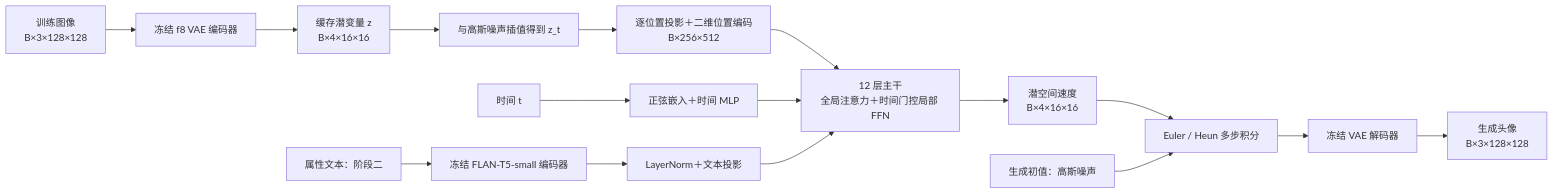
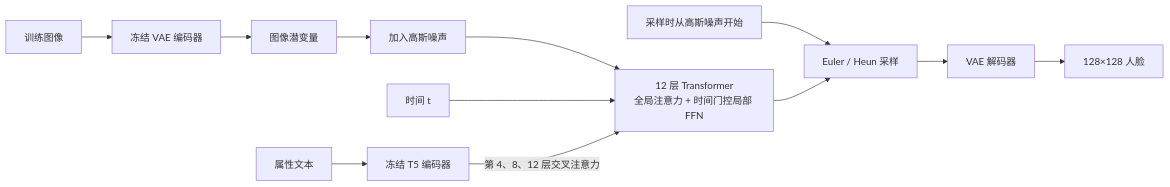
Before and after one commit to dpraemeon/MyT2I: the diagram in README.md, drawn with Mermaid. The commit also changed other lines of this file and 6 other files, not shown here.

````diff
--- a/README.md
+++ b/README.md
@@ -192,18 +141,14 @@
 ```mermaid
 flowchart LR
-    X["训练图像<br/>B×3×128×128"] --> E["冻结 f8 VAE 编码器"]
-    E --> Z["缓存潜变量 z<br/>B×4×16×16"]
-    Z --> N["与高斯噪声插值得到 z_t"]
-    N --> P["逐位置投影＋二维位置编码<br/>B×256×512"]
-    P --> D["12 层主干<br/>全局注意力＋时间门控局部 FFN"]
-    T["时间 t"] --> TE["正弦嵌入＋时间 MLP"]
-    TE --> D
-    C["属性文本：阶段二"] --> F["冻结 FLAN-T5-small 编码器"]
-    F --> A["LayerNorm＋文本投影"]
-    A --> D
-    D --> V["潜空间速度<br/>B×4×16×16"]
-    V --> S["Euler / Heun 多步积分"]
-    G["生成初值：高斯噪声"] --> S
-    S --> DE["冻结 VAE 解码器"]
-    DE --> O["生成头像<br/>B×3×128×128"]
+    I[训练图像] --> V[冻结 VAE 编码器]
+    V --> Z[图像潜变量]
+    Z --> N[加入高斯噪声]
+    N --> D[12 层 Transformer<br/>全局注意力 + 时间门控局部 FFN]
+    T[时间 t] --> D
+    P[属性文本] --> E[冻结 T5 编码器]
+    E -->|第 4、8、12 层交叉注意力| D
+    G[采样时从高斯噪声开始] --> S[Euler / Heun 采样]
+    D --> S
+    S --> O[VAE 解码器]
+    O --> R[128×128 人脸]
 ```
````
